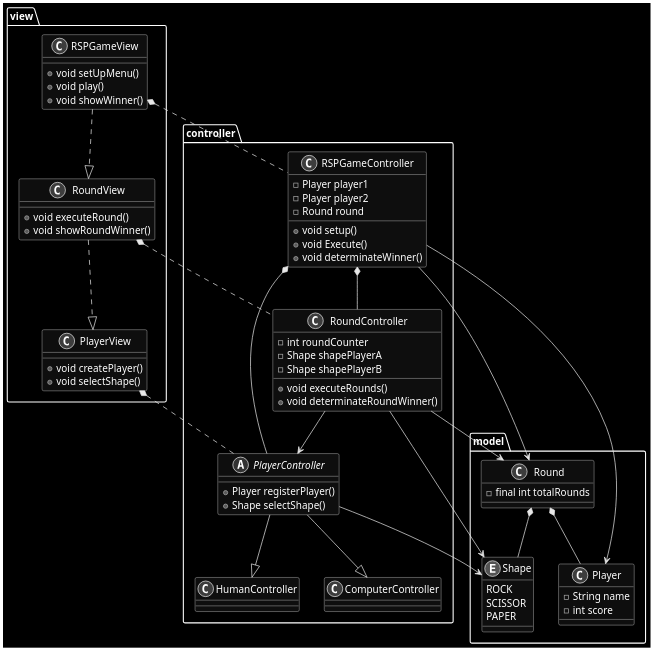
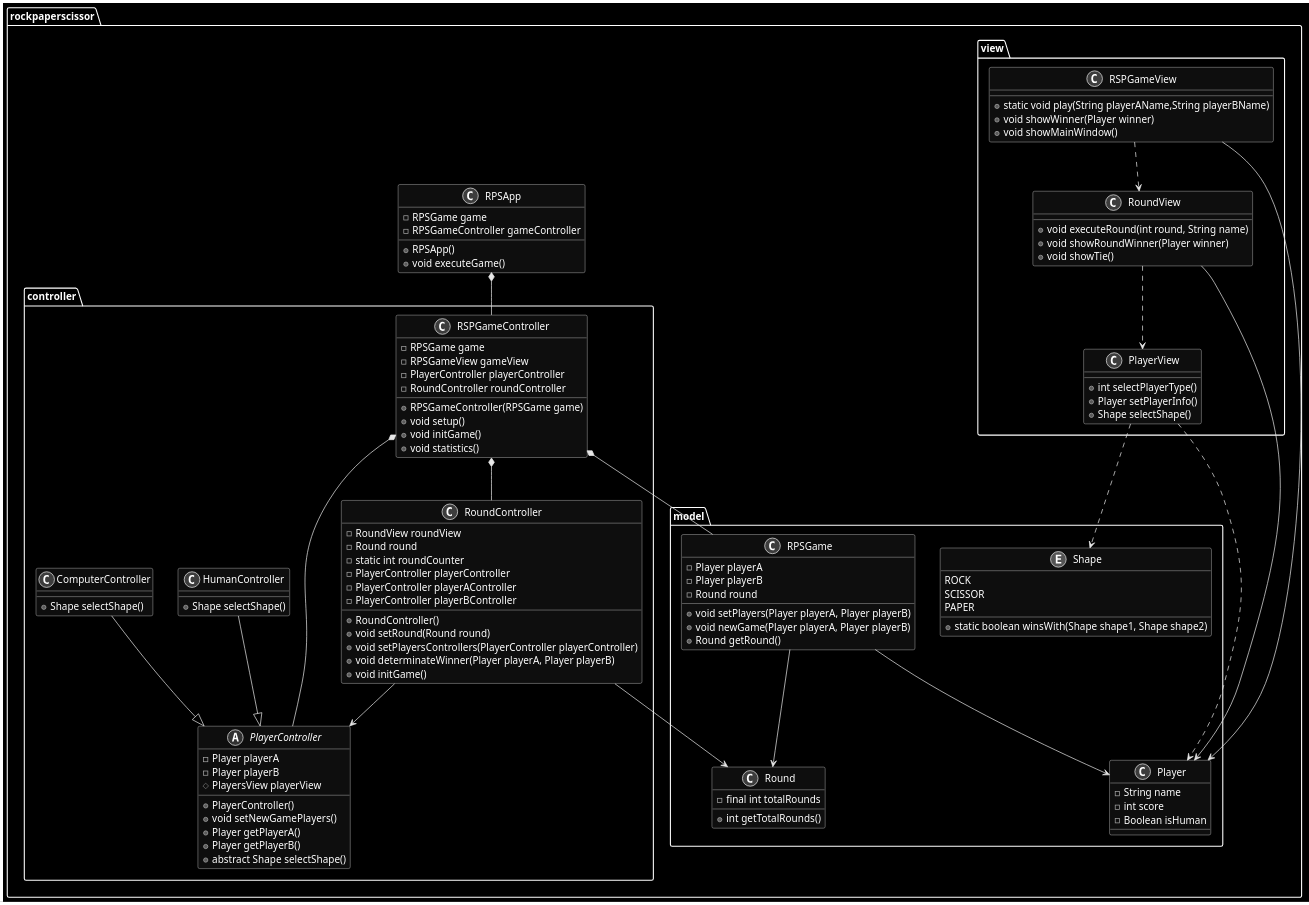
The diagram in docs/rsp-mvc.wsd (andrescordovatelus/RockPaperScissor-MVC), drawn with PlantUML before and after one commit.

Commit message:
refactoring MVC's diagram

```diff
--- a/docs/rsp-mvc.wsd
+++ b/docs/rsp-mvc.wsd
@@ -1,99 +1,128 @@
 @startuml rsp-mvc
-package model{
+skinparam monochrome reverse
+package rockpaperscissor{
+    class RPSApp{
+        -RPSGame game
+        -RPSGameController gameController
 
-    skinparam monochrome reverse
+        +RPSApp()
+        +void executeGame()
+    }
+    package model{
+        class Player{
+            -String name
+            -int score
+            -Boolean isHuman
+        }
+        Enum Shape{
+            ROCK
+            SCISSOR
+            PAPER
 
+            +static boolean winsWith(Shape shape1, Shape shape2)
+        }
+        class Round{
+            -final int totalRounds
+            +int getTotalRounds()
+        }
+        class RPSGame{
+            -Player playerA
+            -Player playerB
+            -Round round
 
-    class Player{
-        -String name
-        -int score
+            +void setPlayers(Player playerA, Player playerB)
+            +void newGame(Player playerA, Player playerB)
+            +Round getRound()
+        }
+
+        RPSGame --> Player
+        RPSGame --> Round
     }
 
-    class Round{
-        -final int totalRounds
+    package controller{
+        class RSPGameController{
+            -RPSGame game
+            -RPSGameView gameView
+            -PlayerController playerController
+            -RoundController roundController
+
+            +RPSGameController(RPSGame game)
+            +void setup()
+            +void initGame()
+            +void statistics()
+        }
+
+        abstract class PlayerController{
+            -Player playerA
+            -Player playerB
+            #PlayersView playerView
+
+            +PlayerController()
+            +void setNewGamePlayers()
+            +Player getPlayerA()
+            +Player getPlayerB()
+            +abstract Shape selectShape()
+        }
+
+        class RoundController{
+            -RoundView roundView
+            -Round round
+            -static int roundCounter
+            -PlayerController playerController
+            -PlayerController playerAController
+            -PlayerController playerBController
+
+            +RoundController()
+            +void setRound(Round round)
+            +void setPlayersControllers(PlayerController playerController)
+            +void determinateWinner(Player playerA, Player playerB)
+            +void initGame()
+        }
+
+        class HumanController{
+            +Shape selectShape()
+        }
+
+        class ComputerController{
+            +Shape selectShape()
+        }
+
+        RSPGameController *-- RPSGame
+        RSPGameController *-- PlayerController
+        RSPGameController *-- RoundController
+        RoundController --> Round
+        RoundController --> PlayerController
+        ComputerController --|> PlayerController
+        HumanController --|> PlayerController
+    }
+    package view{
+        class RSPGameView{
+            +static void play(String playerAName,String playerBName)
+            +void showWinner(Player winner)
+            +void showMainWindow()
+        }
+
+        class PlayerView{
+            +int selectPlayerType()
+            +Player setPlayerInfo()
+            +Shape selectShape()
+        }
+
+        class RoundView{
+            +void executeRound(int round, String name)
+            +void showRoundWinner(Player winner)
+            +void showTie()
+        }
+
+        PlayerView ..> Player
+        PlayerView ..> Shape
+        RSPGameView --> Player
+        RoundView --> Player
+
+        RSPGameView ..> RoundView
+        RoundView ..> PlayerView
     }
 
-    Enum Shape{
-        ROCK
-        SCISSOR
-        PAPER
-    }
-
-
-    Round *-- Player
-    Round *-- Shape
+    RPSApp *-- RSPGameController
 }
-package controller{
-    class RSPGameController{
-        -Player player1
-        -Player player2
-        -Round round
-
-        +void setup()
-        +void Execute()
-        +void determinateWinner()
-    }
-
-    abstract class PlayerController{
-        +Player registerPlayer()
-        +Shape selectShape()
-    }
-
-
-    class RoundController{
-        -int roundCounter
-        -Shape shapePlayerA
-        -Shape shapePlayerB
-
-
-        +void executeRounds()
-        +void determinateRoundWinner()
-        
-    }
-
-    class HumanController{
-    }
-
-    class ComputerController{
-    }
-
-    RSPGameController *-- PlayerController
-    RSPGameController *-- RoundController
-    PlayerController --|> HumanController
-    PlayerController --|> ComputerController
-}
-package view{
-    class RSPGameView{
-        +void setUpMenu()
-        +void play()
-        +void showWinner()
-    }
-
-    class PlayerView{
-        +void createPlayer()
-        +void selectShape()
-    }
-
-    class RoundView{
-        +void executeRound()
-        +void showRoundWinner()
-    }
-
-    RSPGameView ..|> RoundView
-    RoundView ..|> PlayerView
-}
-
-
-RoundController --> Round
-RSPGameView *.. RSPGameController
-RoundView *.. RoundController
-PlayerView *.. PlayerController
-
-
-RoundController --> Shape
-RoundController --> PlayerController
-RSPGameController --> Player
-RSPGameController --> Round
-
-PlayerController --> Shape
 @enduml
```
